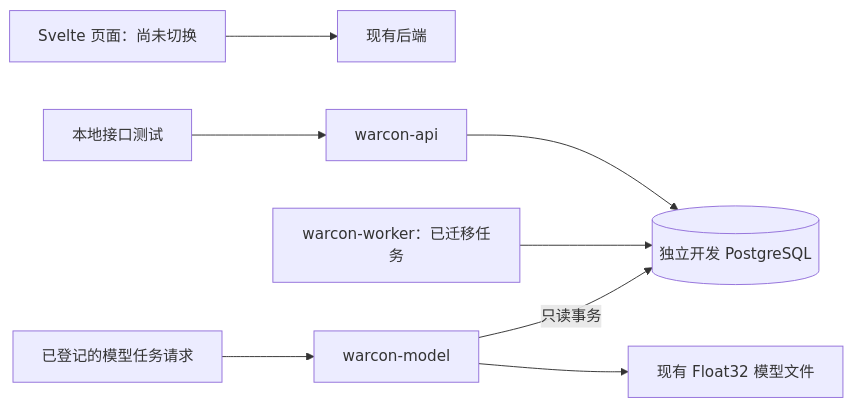
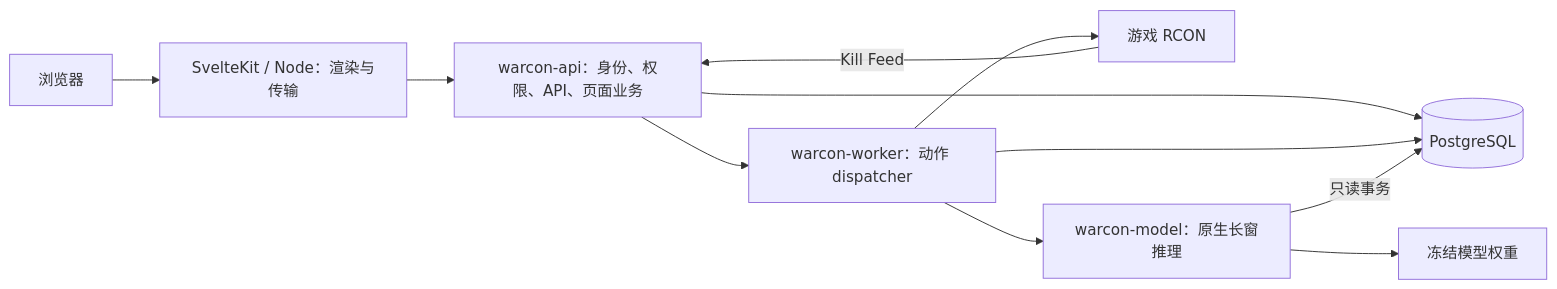
Before and after one commit to 1508425541zhang/Warcon-China-rabot-wardogs: the diagram in docs/rust-backend.zh-CN.md, drawn with Mermaid. The commit also changed other lines of this file and 232 other files, not shown here.

````diff
--- a/docs/rust-backend.zh-CN.md
+++ b/docs/rust-backend.zh-CN.md
@@ -40,10 +11,13 @@
 ```mermaid
 flowchart LR
-  UI[Svelte 页面：尚未切换] --> OLD[现有后端]
-  DEV[本地接口测试] --> API[warcon-api]
-  API --> DB[(独立开发 PostgreSQL)]
-  WORKER[warcon-worker：已迁移任务] --> DB
-  CLIENT[已登记的模型任务请求] --> MODEL[warcon-model]
-  MODEL -->|只读事务| DB
-  MODEL --> WEIGHTS[现有 Float32 模型文件]
+  Browser[浏览器] --> UI[SvelteKit / Node：渲染与传输]
+  UI --> API[warcon-api：身份、权限、API、页面业务]
+  API --> DB[(PostgreSQL)]
+  API --> Relay[warcon-worker：动作 dispatcher]
+  Relay --> Game[游戏 RCON]
+  Game -->|Kill Feed| API
+  Relay --> DB
+  Relay --> Model[warcon-model：原生长窗推理]
+  Model -->|只读事务| DB
+  Model --> Weights[冻结模型权重]
 ```
````
